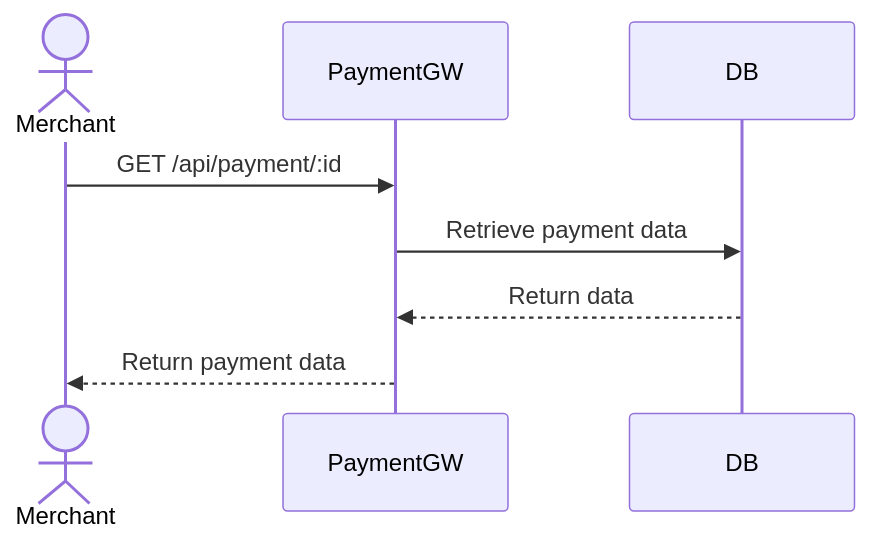
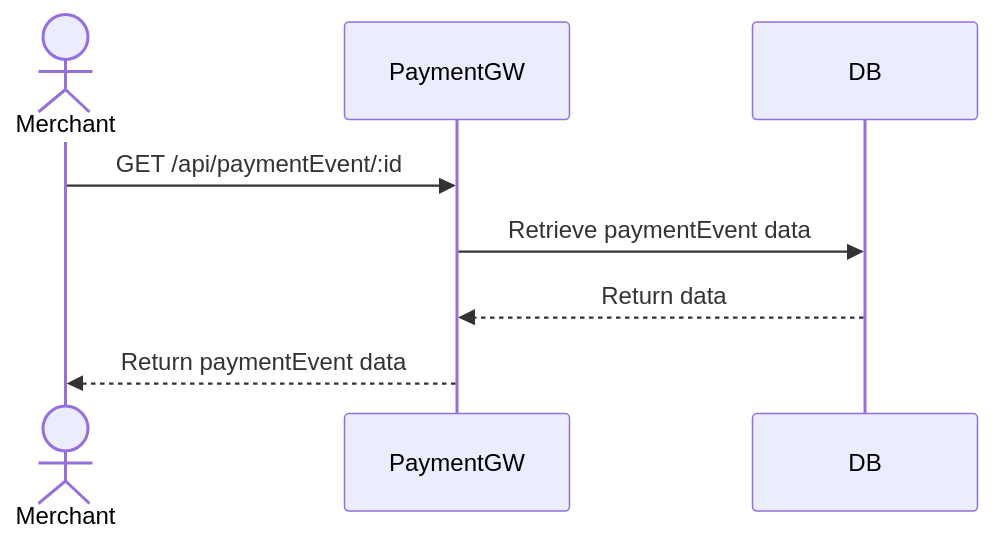
Before and after one commit to kabdyssalyam/payment-gateway-task: the second of 2 diagrams in TDD.md, drawn with Mermaid. The commit also changed other lines of this file and 15 other files, not shown here.

````diff
--- a/TDD.md
+++ b/TDD.md
@@ -21,11 +21,11 @@
 ```mermaid
 sequenceDiagram
   actor client as Merchant
   participant service as PaymentGW
   participant db as DB
 
-  client->>service: GET /api/payment/:id
-  service->>db: Retrieve payment data
+  client->>service: GET /api/paymentEvent/:id
+  service->>db: Retrieve paymentEvent data
   db-->>service: Return data
-  service-->>client: Return payment data
+  service-->>client: Return paymentEvent data
  ``` 
````
